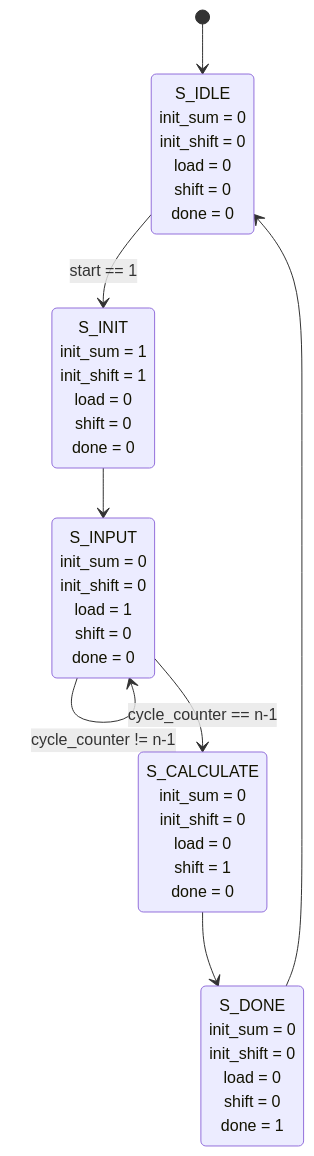
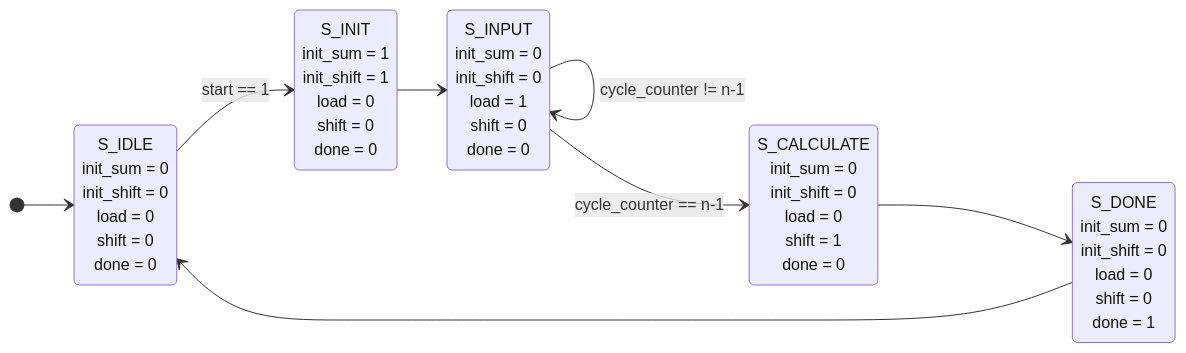
The second of 3 diagrams in q4/q4.md (kth-ees/il2234ht25-hw3-ltrsunny), drawn with Mermaid before and after one commit.

Commit message:
Update q4.md
FSM Diagram fixed for better printing

````diff
--- a/q4/q4.md
+++ b/q4/q4.md
@@ -47,53 +47,53 @@
 ```mermaid
 stateDiagram-v2
-  direction TB
+  direction LR
 
   [*] --> S_IDLE
 
   state "
   S_IDLE
   init_sum = 0
   init_shift = 0
   load = 0
   shift = 0
   done = 0" as S_IDLE
 
   state "
   S_INIT
   init_sum = 1
   init_shift = 1
   load = 0
   shift = 0
   done = 0" as S_INIT
 
   state "
   S_INPUT
   init_sum = 0
   init_shift = 0
   load = 1
   shift = 0
   done = 0" as S_INPUT
 
   state "
   S_CALCULATE
   init_sum = 0
   init_shift = 0
   load = 0
   shift = 1
   done = 0" as S_CALCULATE
 
   state "
   S_DONE
   init_sum = 0
   init_shift = 0
   load = 0
   shift = 0
   done = 1" as S_DONE
 
   S_IDLE --> S_INIT: start == 1
   S_INIT --> S_INPUT
   S_INPUT --> S_INPUT: cycle_counter != n-1 
   S_INPUT --> S_CALCULATE: cycle_counter == n-1
   S_CALCULATE --> S_DONE 
   S_DONE --> S_IDLE
 ```
````
